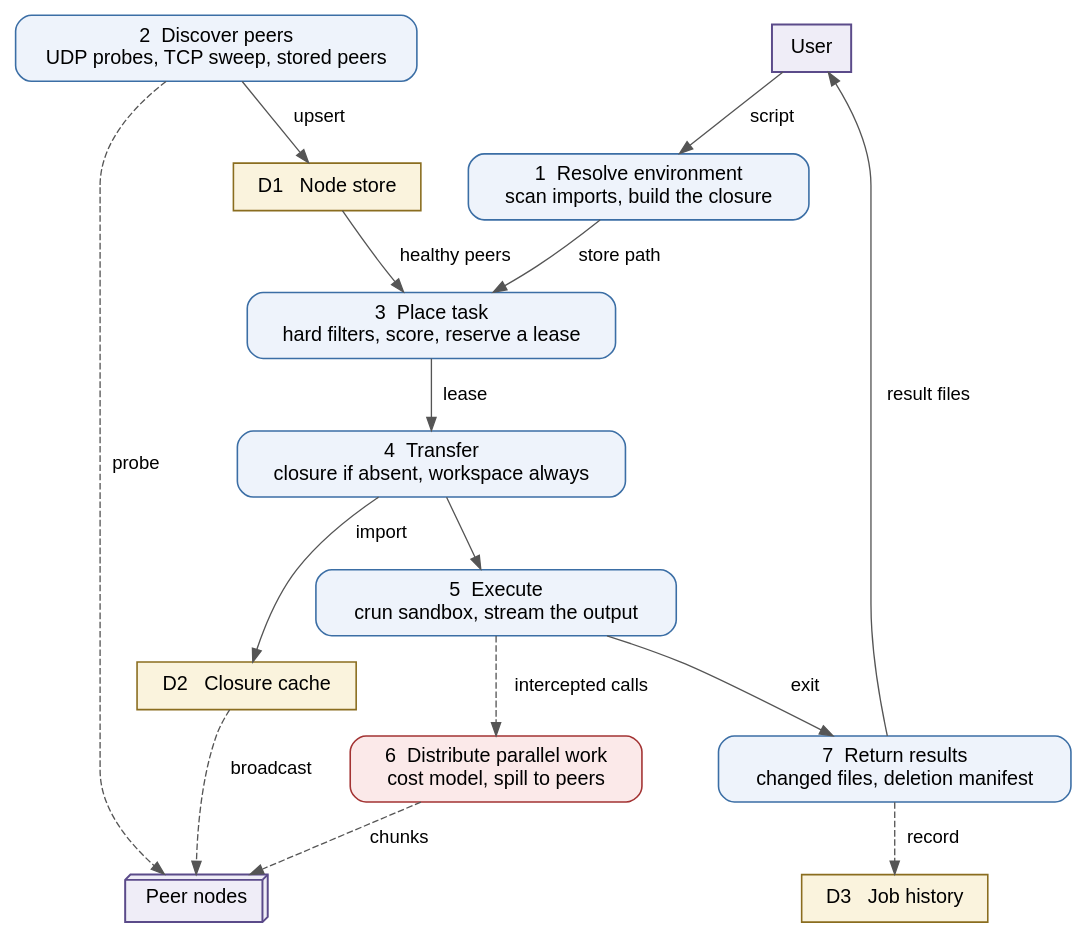
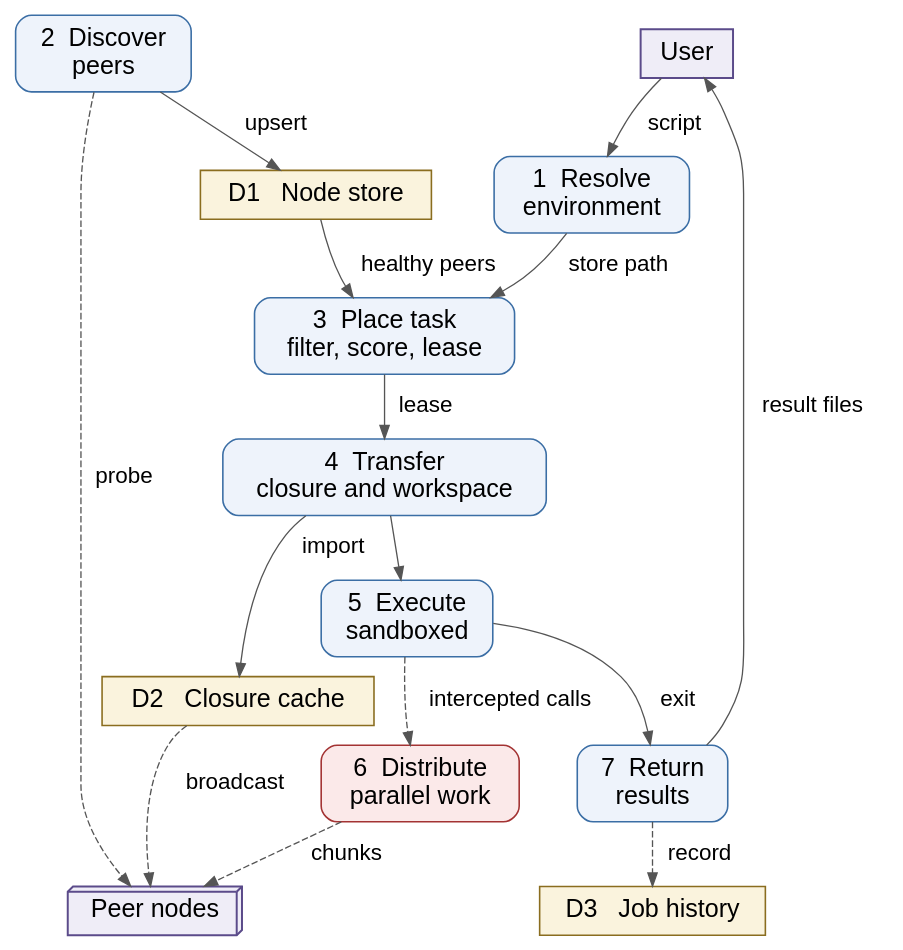
One commit to vinayakyadav2709/Pipedpeer changed the diagram in docs/diagrams/src/fig_3.3_dfd_level1.dot. Above: the diagram before and after it, drawn with Graphviz. The commit also changed 22 other files, not shown here.

First line of the commit message:
Act on the review: correct claims, fix figure collisions, gate the shim in CI

```diff
--- a/docs/diagrams/src/fig_3.3_dfd_level1.dot
+++ b/docs/diagrams/src/fig_3.3_dfd_level1.dot
@@ -1,44 +1,44 @@
 // Figure 3.3 - Level 1 DFD (decomposition of the daemon).
 // Process 6 is placed before 7 so the numbering matches the reading order, and
 // the peer-facing edges leave from the right so none has to double back.
 digraph DFD1 {
-  rankdir=TB; bgcolor="white"; nodesep=0.40; ranksep=0.55;
-  node [fontname="Helvetica", fontsize=15, shape=box, style="rounded,filled",
+  rankdir=TB; bgcolor="white"; nodesep=0.28; ranksep=0.42;
+  node [fontname="Helvetica", fontsize=19, shape=box, style="rounded,filled",
         fillcolor="#eef3fb", color="#3b6ea5", penwidth=1.2, margin="0.18,0.11"];
-  edge [fontname="Helvetica", fontsize=14, color="#555555"];
+  edge [fontname="Helvetica", fontsize=17, color="#555555"];
 
   user  [label="User", shape=box, style=filled, fillcolor="#efedf7", color="#5b4b8a", penwidth=1.5];
   peers [label="Peer nodes", shape=box3d, style=filled, fillcolor="#efedf7", color="#5b4b8a", penwidth=1.5];
 
-  p1 [label="1  Resolve environment\nscan imports, build the closure"];
-  p2 [label="2  Discover peers\nUDP probes, TCP sweep, stored peers"];
-  p3 [label="3  Place task\nhard filters, score, reserve a lease"];
-  p4 [label="4  Transfer\nclosure if absent, workspace always"];
-  p5 [label="5  Execute\ncrun sandbox, stream the output"];
-  p6 [label="6  Distribute parallel work\ncost model, spill to peers", fillcolor="#fbe9e9", color="#a33333"];
-  p7 [label="7  Return results\nchanged files, deletion manifest"];
+  p1 [label="1  Resolve\nenvironment"];
+  p2 [label="2  Discover\npeers"];
+  p3 [label="3  Place task\nfilter, score, lease"];
+  p4 [label="4  Transfer\nclosure and workspace"];
+  p5 [label="5  Execute\nsandboxed"];
+  p6 [label="6  Distribute\nparallel work", fillcolor="#fbe9e9", color="#a33333"];
+  p7 [label="7  Return\nresults"];
 
   d1 [label="D1   Node store", shape=box, style=filled, fillcolor="#faf3dd", color="#8a6d1f"];
   d2 [label="D2   Closure cache", shape=box, style=filled, fillcolor="#faf3dd", color="#8a6d1f"];
   d3 [label="D3   Job history", shape=box, style=filled, fillcolor="#faf3dd", color="#8a6d1f"];
 
   user -> p1 [label="  script  "];
   p1 -> p3 [label="  store path  "];
   p2 -> d1 [label="  upsert  "];
   d1 -> p3 [label="  healthy peers  "];
   p3 -> p4 [label="  lease  "];
   p4 -> d2 [label="  import  "];
   p4 -> p5;
   p5 -> p6 [label="  intercepted calls  ", style=dashed];
   p6 -> p7 [style=invis];
   p5 -> p7 [label="  exit  "];
   p7 -> user [label="  result files  "];
   p7 -> d3 [label="  record  ", style=dashed];
 
   // Everything that talks to a peer leaves from the right-hand column.
   p2 -> peers [label="  probe  ", style=dashed];
   d2 -> peers [label="  broadcast  ", style=dashed];
   p6 -> peers [label="  chunks  ", style=dashed];
 
   { rank=same; p6; p7; }
 }
```
